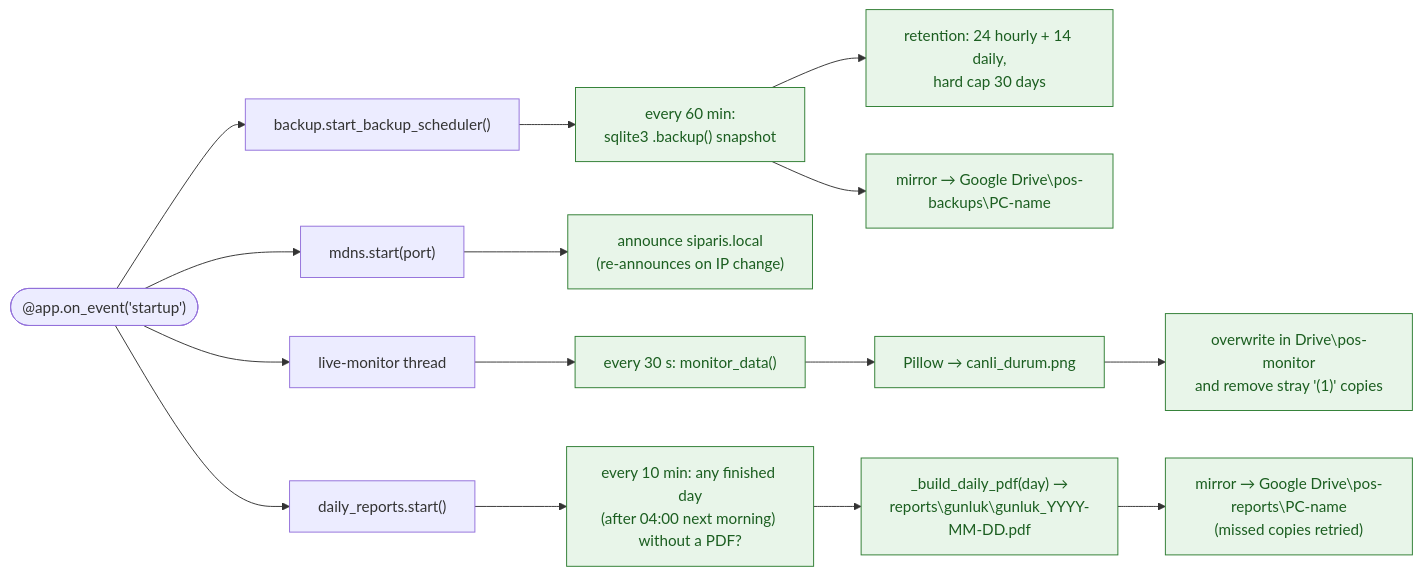
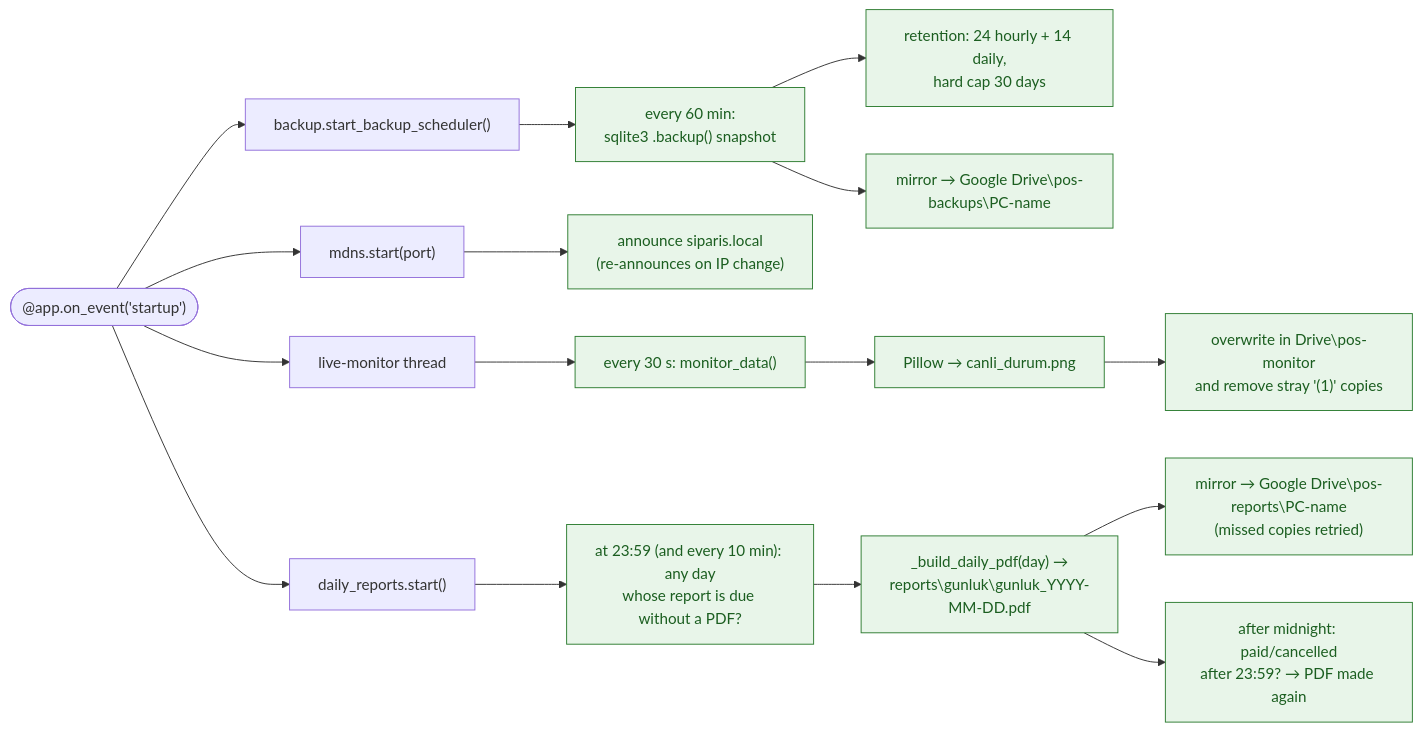
The fifth of 6 diagrams in README.md (HikmetEmre/YUZDOKSANBES_POS_MANAGER), drawn with Mermaid before and after one commit. The commit also changed other lines of this file and 9 other files, not shown here.

````diff
--- a/README.md
+++ b/README.md
@@ -316,24 +316,25 @@
 ```mermaid
 flowchart LR
     START(["@app.on_event('startup')"]) --> B["backup.start_backup_scheduler()"]
     START --> MD["mdns.start(port)"]
     START --> MT["live-monitor thread"]
     START --> DR["daily_reports.start()"]
 
     B --> B1["every 60 min:<br/>sqlite3 .backup() snapshot"]
     B1 --> B2["retention: 24 hourly + 14 daily,<br/>hard cap 30 days"]
     B1 --> B3["mirror → Google Drive\pos-backups\PC-name"]
 
     MD --> M1["announce siparis.local<br/>(re-announces on IP change)"]
 
     MT --> T1["every 30 s: monitor_data()"]
     T1 --> T2["Pillow → canli_durum.png"]
     T2 --> T3["overwrite in Drive\pos-monitor<br/>and remove stray '(1)' copies"]
 
-    DR --> R1["every 10 min: any finished day<br/>(after 04:00 next morning) without a PDF?"]
+    DR --> R1["at 23:59 (and every 10 min): any day<br/>whose report is due without a PDF?"]
     R1 --> R2["_build_daily_pdf(day) →<br/>reports\gunluk\gunluk_YYYY-MM-DD.pdf"]
     R2 --> R3["mirror → Google Drive\pos-reports\PC-name<br/>(missed copies retried)"]
+    R2 --> R4["after midnight: paid/cancelled<br/>after 23:59? → PDF made again"]
 
     classDef safe fill:#e8f5e9,stroke:#2e7d32,color:#1b5e20
-    class B1,B2,B3,M1,T1,T2,T3,R1,R2,R3 safe
+    class B1,B2,B3,M1,T1,T2,T3,R1,R2,R3,R4 safe
 ```
````
